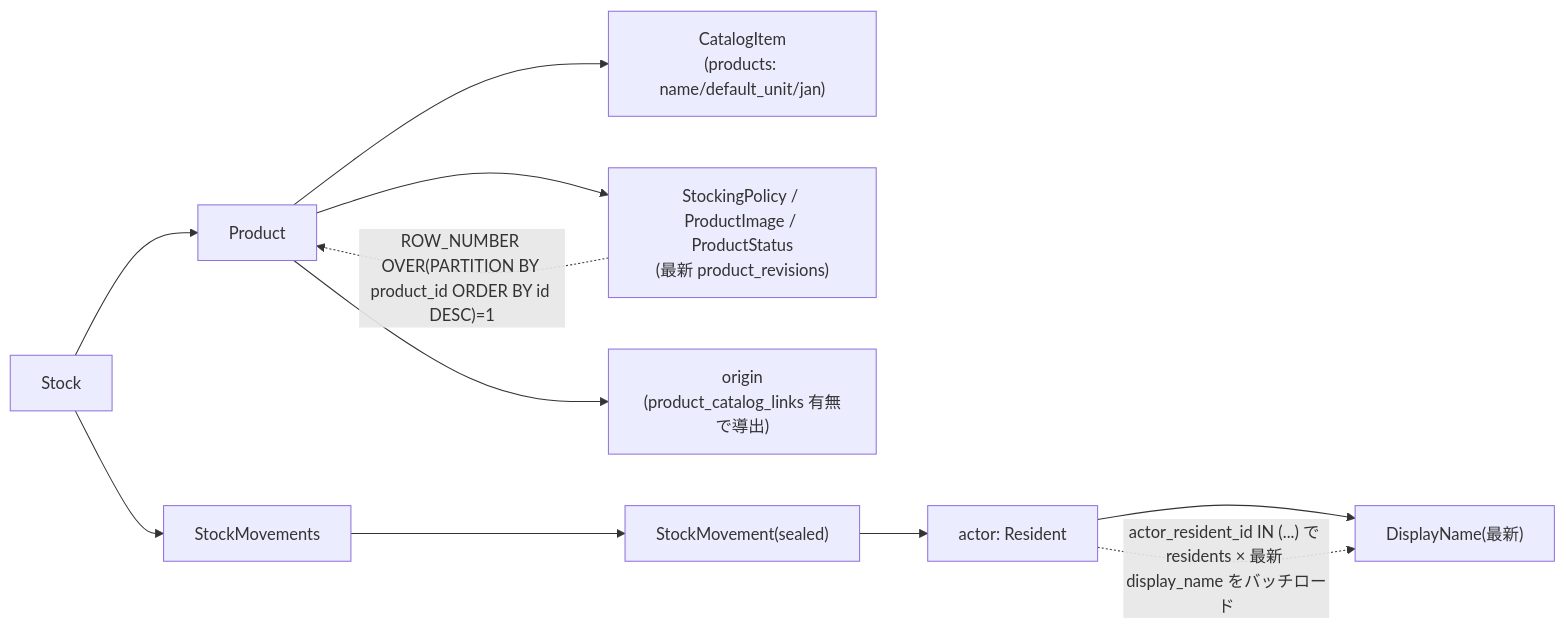
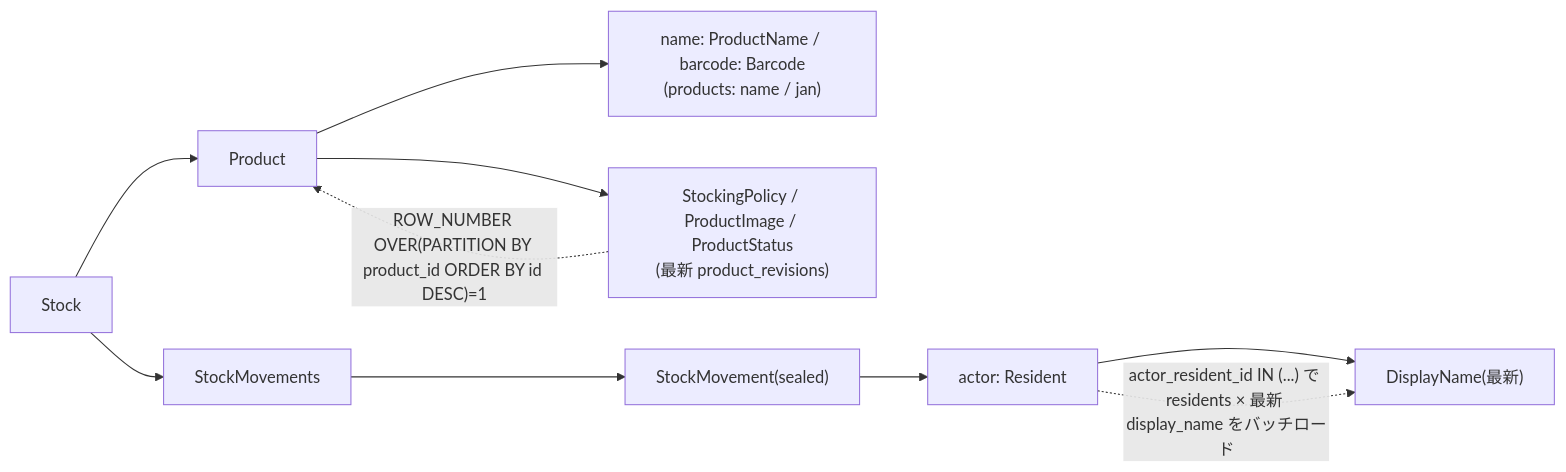
One commit to bright-room/mindstock changed the third of 3 diagrams in docs/superpowers/specs/2026-06-01-p4-backend-infra-migration-design.md. Above: the diagram before and after it, drawn with Mermaid. The commit also changed other lines of this file and 1 other file, not shown here.

````diff
--- a/docs/superpowers/specs/2026-06-01-p4-backend-infra-migration-design.md
+++ b/docs/superpowers/specs/2026-06-01-p4-backend-infra-migration-design.md
@@ -327,14 +329,13 @@
 ```mermaid
 flowchart LR
     STOCK["Stock"] --> PRODUCT["Product"]
     STOCK --> MOVEMENTS["StockMovements"]
-    PRODUCT --> CONTENT["CatalogItem<br/>(products: name/default_unit/jan)"]
+    PRODUCT --> CONTENT["name: ProductName / barcode: Barcode<br/>(products: name / jan)"]
     PRODUCT --> POLICY["StockingPolicy / ProductImage / ProductStatus<br/>(最新 product_revisions)"]
-    PRODUCT --> ORIGIN["origin<br/>(product_catalog_links 有無で導出)"]
     MOVEMENTS --> MV["StockMovement(sealed)"]
     MV --> ACTOR["actor: Resident"]
     ACTOR --> DN["DisplayName(最新)"]
 
     POLICY -. "ROW_NUMBER OVER(PARTITION BY product_id ORDER BY id DESC)=1" .-> PRODUCT
     ACTOR -. "actor_resident_id IN (...) で residents × 最新 display_name をバッチロード" .-> DN
 ```
````
